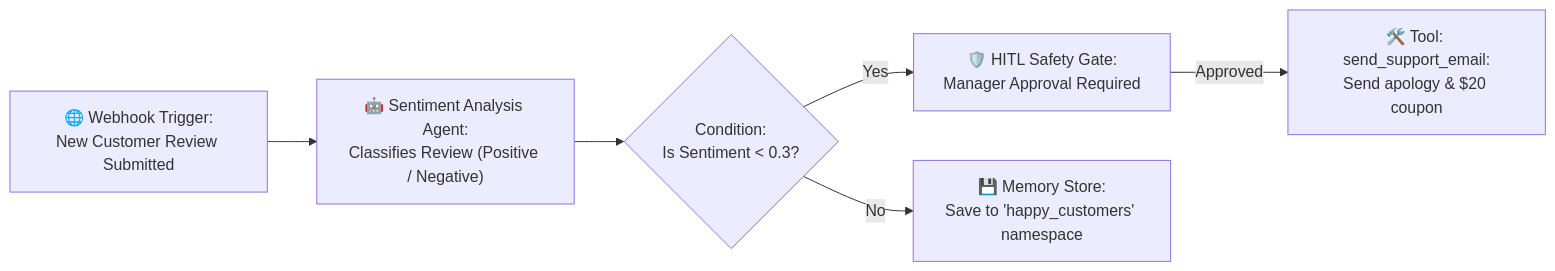
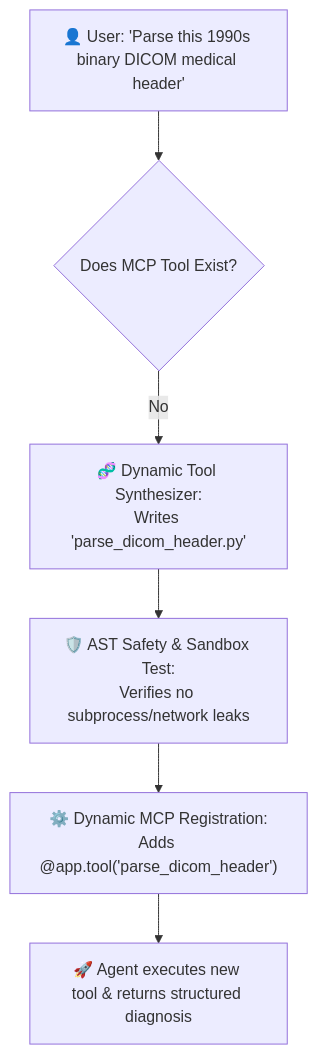
Before and after one commit to vdonthireddy/agentic-ai: the second of 2 diagrams in EXTENDABLE_DESIGN_DOCUMENT.md, drawn with Mermaid. The commit also changed other lines of this file, not shown here.

Commit message:
docs: update EXTENDABLE_DESIGN_DOCUMENT.md with complete live implementation matrix and Phase 5 roadmap

````diff
--- a/EXTENDABLE_DESIGN_DOCUMENT.md
+++ b/EXTENDABLE_DESIGN_DOCUMENT.md
@@ -600,12 +511,10 @@
 ```mermaid
-flowchart LR
-    Node1["🌐 Webhook Trigger:<br/>New Customer Review Submitted"]
-    --> Node2["🤖 Sentiment Analysis Agent:<br/>Classifies Review (Positive / Negative)"]
+flowchart TD
+    UserReq["👤 User: 'Parse this 1990s binary DICOM medical header'"]
+    --> AgentCheck{"Does MCP Tool Exist?"}
     
-    Node2 --> Node3{"Condition:<br/>Is Sentiment < 0.3?"}
-    
-    Node3 -->|Yes| Node4["🛡️ HITL Safety Gate:<br/>Manager Approval Required"]
-    Node3 -->|No| Node5["💾 Memory Store:<br/>Save to 'happy_customers' namespace"]
-    
-    Node4 -->|Approved| Node6["🛠️ Tool: send_support_email:<br/>Send apology & $20 coupon"]
+    AgentCheck -->|No| ToolCrafter["🧬 Dynamic Tool Synthesizer:<br/>Writes 'parse_dicom_header.py'"]
+    ToolCrafter --> ASTCheck["🛡️ AST Safety & Sandbox Test:<br/>Verifies no subprocess/network leaks"]
+    ASTCheck --> RegMCP["⚙️ Dynamic MCP Registration:<br/>Adds @app.tool('parse_dicom_header')"]
+    RegMCP --> Execute["🚀 Agent executes new tool & returns structured diagnosis"]
 ```
````
